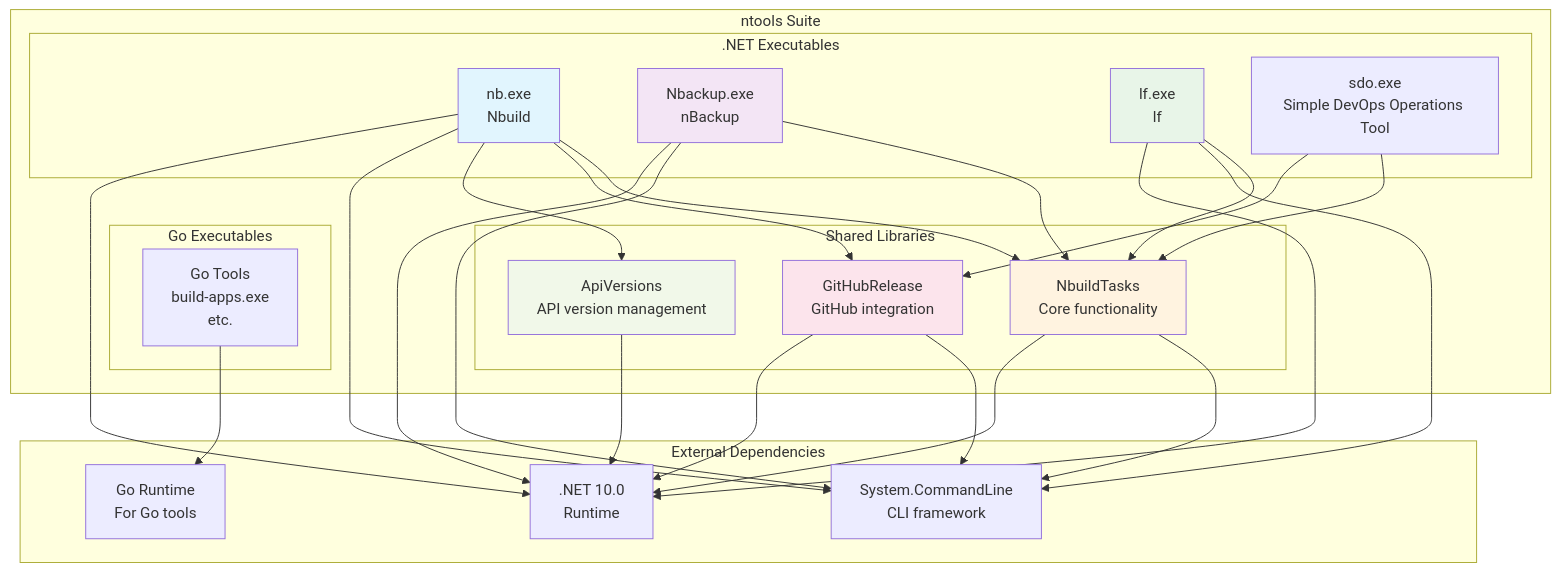
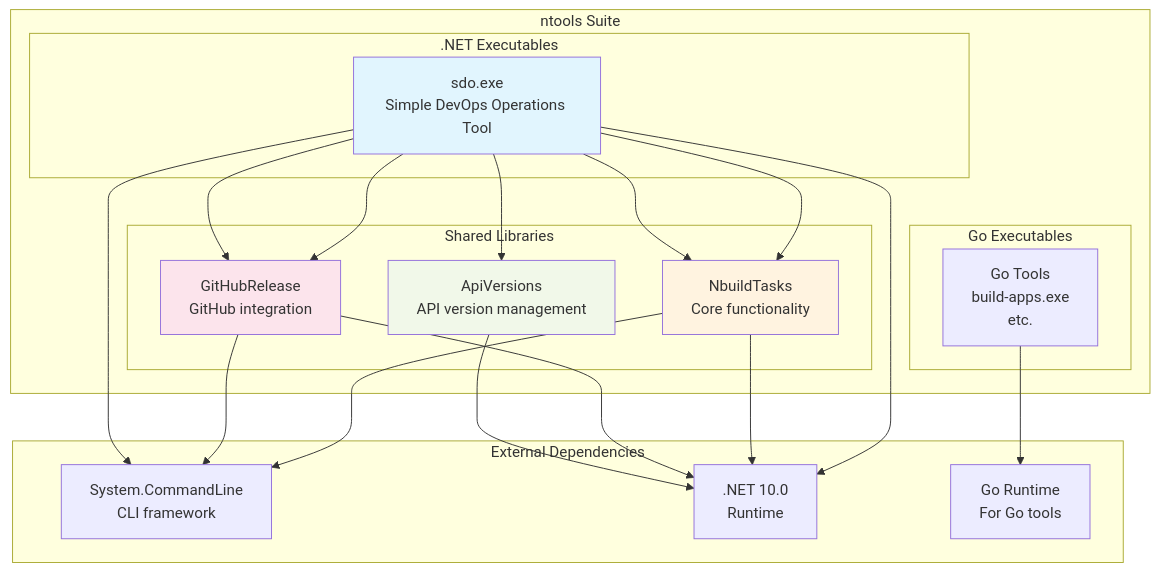
The diagram in docs/devops-tools-suite-architecture.md (naz-hage/ntools), drawn with Mermaid before and after one commit. The commit also changed other lines of this file and 17 other files, not shown here.

````diff
--- a/docs/devops-tools-suite-architecture.md
+++ b/docs/devops-tools-suite-architecture.md
@@ -29,57 +27,45 @@
 ```mermaid
 graph TB
     subgraph "ntools Suite"
         subgraph ".NET Executables"
-            NB[nb.exe<br/>Nbuild]
-            NBKP[Nbackup.exe<br/>nBackup]
-            LF[lf.exe<br/>lf]
+            SDO[sdo.exe<br/>SDO]
             SDO[sdo.exe<br/>Simple DevOps Operations Tool]
         end
 
         subgraph "Go Executables"
             GO[Go Tools<br/>build-apps.exe<br/>etc.]
         end
 
         subgraph "Shared Libraries"
             NBL[NbuildTasks<br/>Core functionality]
             GHR[GitHubRelease<br/>GitHub integration]
             API[ApiVersions<br/>API version management]
         end
     end
 
     subgraph "External Dependencies"
         SCL[System.CommandLine<br/>CLI framework]
         DOTNET[.NET 10.0<br/>Runtime]
         GO_RUNTIME[Go Runtime<br/>For Go tools]
     end
 
-    NB --> NBL
-    NBKP --> NBL
-    LF --> NBL
-
-    NB --> GHR
-    NB --> API
+    SDO --> NBL
+    SDO --> GHR
+    SDO --> API
 
     GO --> GO_RUNTIME
 
     NBL --> SCL
     GHR --> SCL
-    NB --> SCL
-    NBKP --> SCL
-    LF --> SCL
-
-    NB --> DOTNET
-    NBKP --> DOTNET
-    LF --> DOTNET
+    SDO --> SCL
+    SDO --> DOTNET
     NBL --> DOTNET
     GHR --> DOTNET
     API --> DOTNET
     SDO --> NBL
     SDO --> GHR
-    style NB fill:#e1f5fe
-    style NBKP fill:#f3e5f5
-    style LF fill:#e8f5e8
+    style SDO fill:#e1f5fe
     style NBL fill:#fff3e0
     style GHR fill:#fce4ec
     style API fill:#f1f8e9  
 ```
````
